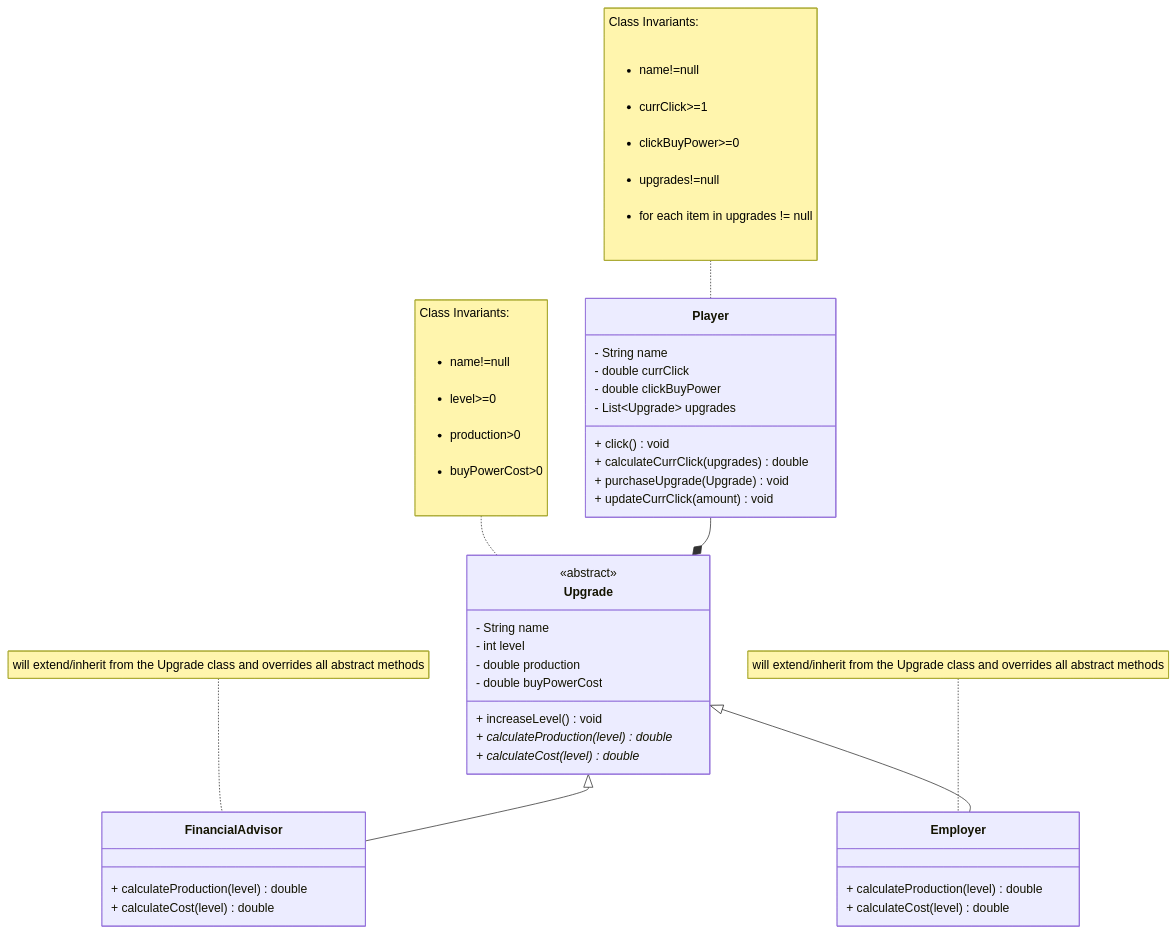
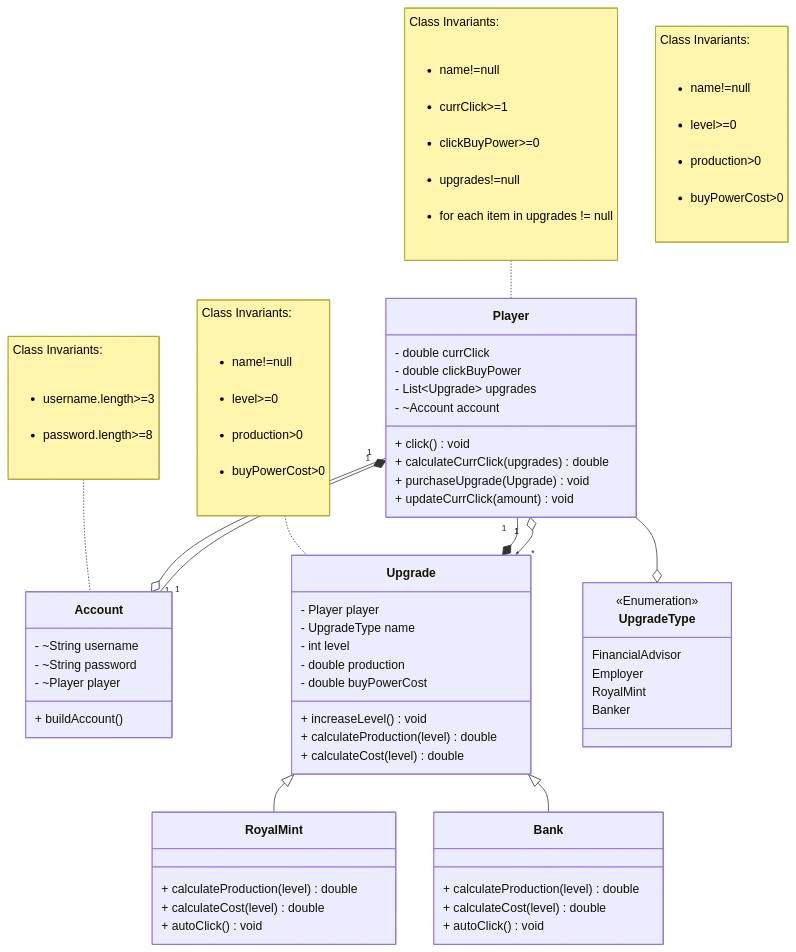
Before and after one commit to kaesotiric/money_clicker_game: the diagram in domain.md, drawn with Mermaid. The commit also changed 8 other files, not shown here.

````diff
--- a/domain.md
+++ b/domain.md
@@ -10,16 +10,15 @@
 classDiagram
 
 class Player {
-    - String name
     - double currClick
     - double clickBuyPower
-    - List~Upgrade~ upgrades
+    - List~Upgrade~ upgrades 
+    - ~Account account
     + click() void
     + calculateCurrClick(upgrades) double
     + purchaseUpgrade(Upgrade) void
     + updateCurrClick(amount) void
     }
-    
     note for Player "Class Invariants:
     <ul>
     <li>name!=null</li>
@@ -29,17 +28,37 @@
     <li>for each item in upgrades != null</li>
     </ul>"
 
+    class Account{
+        - ~String username
+        - ~String password
+        - ~Player player
+        + buildAccount()
+        
+    }
+    note for Account "Class Invariants:
+    <ul>
+    <li>username.length>=3</li>
+    <li>password.length>=8</li>
+    </ul>"
+  
      class Upgrade {
-         <<abstract>>
-         - String name
+         - Player player
+         - UpgradeType name
          - int level
          - double production
          - double buyPowerCost
          + increaseLevel() void
-         + calculateProduction(level)* double
-         + calculateCost(level)* double
+         + calculateProduction(level) double
+         + calculateCost(level) double
 
      }
+     class UpgradeType {
+        <<Enumeration>>
+         FinancialAdvisor
+         Employer
+         RoyalMint
+         Banker
+ }
     note for Upgrade "Class Invariants:
     <ul>
     <li>name!=null</li>
@@ -48,22 +67,37 @@
     <li>buyPowerCost>0</li>
     </ul>"
     
-     note for FinancialAdvisor  "will extend/inherit from the Upgrade class and overrides all abstract methods"
+    
+
+    Player "1" --* "*" Upgrade
+    Upgrade "*"--o "1" Player
+    Account "1" --* "1" Player
+    Player --o UpgradeType
+    Player "1" --o "1" Account
+%%    Account --o "1" Player
+
+
+    Upgrade <|-- RoyalMint
+    Upgrade <|-- Bank
      
-     class FinancialAdvisor {
-         + calculateProduction(level) double
-         + calculateCost(level) double
-         
-     }
-     
-     note for Employer "will extend/inherit from the Upgrade class and overrides all abstract methods"
-     class Employer {
+    class RoyalMint {
         + calculateProduction(level) double
         + calculateCost(level) double
-        
-     }
-    Player --* Upgrade
-    Upgrade <|-- FinancialAdvisor
-    Upgrade <|-- Employer
+        + autoClick() void
+    }
+    class Bank {
+        + calculateProduction(level) double
+        + calculateCost(level) double
+        + autoClick() void
+    }
+    note for Building "Class Invariants:
+    <ul>
+    <li>name!=null</li>
+    <li>level>=0</li>
+    <li>production>0</li>
+    <li>buyPowerCost>0</li>
+    </ul>"
+
+
     
 ```
````
